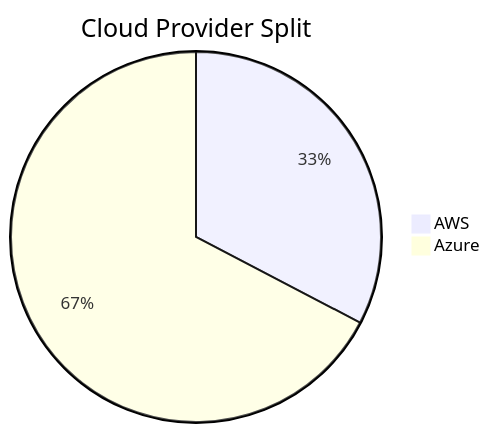
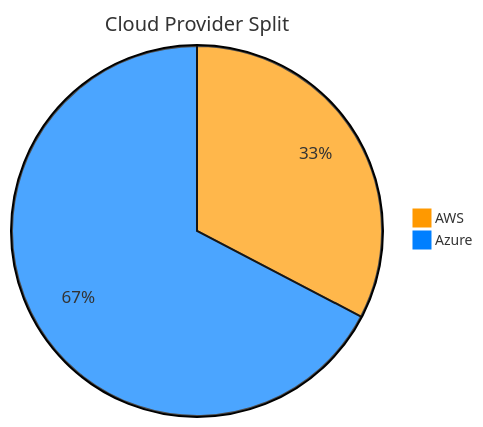
The second of 2 diagrams in 2.Week2/README.md (vkhere/CloudGuardian), drawn with Mermaid before and after one commit. The commit also changed other lines of this file, not shown here.

Commit message:
docs(week2): add high contrast themes to mermaid pie charts

````diff
--- a/2.Week2/README.md
+++ b/2.Week2/README.md
@@ -156,5 +157,6 @@
 ```mermaid
+%%{init: {"theme": "base", "themeVariables": { "pie1": "#FF9900", "pie2": "#007FFF", "pieTitleTextSize": "20px", "pieLegendTextSize": "14px" } } }%%
 pie title Cloud Provider Split
     "AWS" : 497
     "Azure" : 1025
 ```
````
